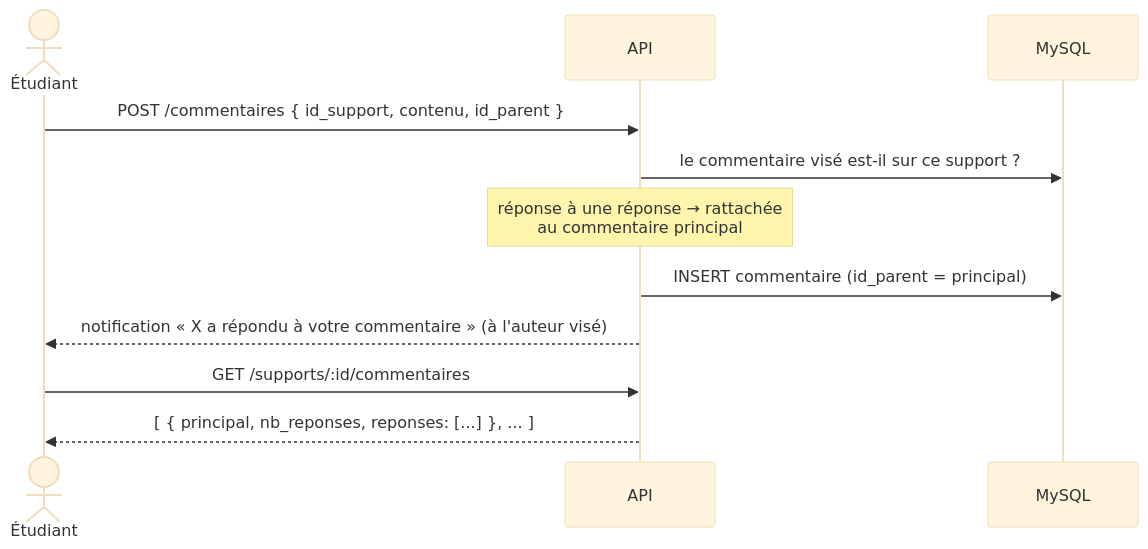
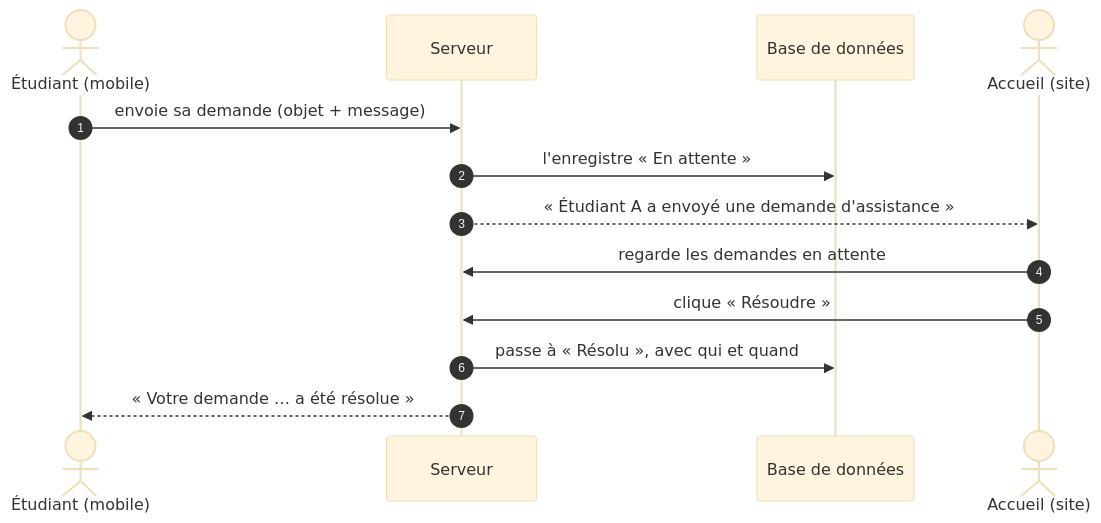
Diagram 20 of 23 in FLUX-APPLICATION.md (eliaTolojanahary/gestionFormation_stage), drawn with Mermaid (base theme) before and after one commit. The commit also changed other lines of this file and 69 other files, not shown here.

````diff
--- a/FLUX-APPLICATION.md
+++ b/FLUX-APPLICATION.md
@@ -1307,13 +1700,16 @@
 ```mermaid
 sequenceDiagram
-    actor E as Étudiant
-    participant API
-    participant DB as MySQL
-    E->>API: POST /commentaires { id_support, contenu, id_parent }
-    API->>DB: le commentaire visé est-il sur ce support ?
-    Note over API: réponse à une réponse → rattachée<br/>au commentaire principal
-    API->>DB: INSERT commentaire (id_parent = principal)
-    API-->>E: notification « X a répondu à votre commentaire » (à l'auteur visé)
-    E->>API: GET /supports/:id/commentaires
-    API-->>E: [ { principal, nb_reponses, reponses: [...] }, ... ]
+    autonumber
+    actor E as Étudiant (mobile)
+    participant API as Serveur
+    participant DB as Base de données
+    actor A as Accueil (site)
+
+    E->>API: envoie sa demande (objet + message)
+    API->>DB: l'enregistre « En attente »
+    API-->>A: « Étudiant A a envoyé une demande d'assistance »
+    A->>API: regarde les demandes en attente
+    A->>API: clique « Résoudre »
+    API->>DB: passe à « Résolu », avec qui et quand
+    API-->>E: « Votre demande … a été résolue »
 ```
````
